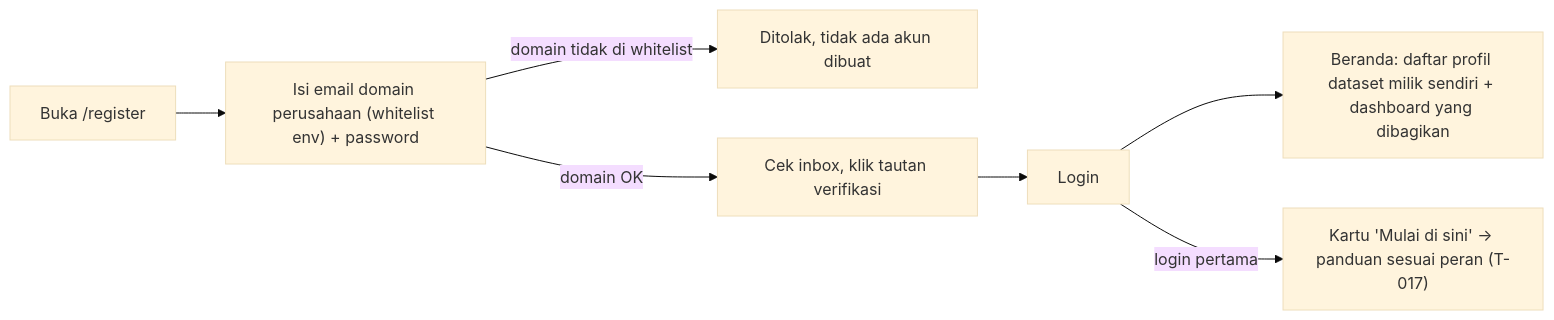
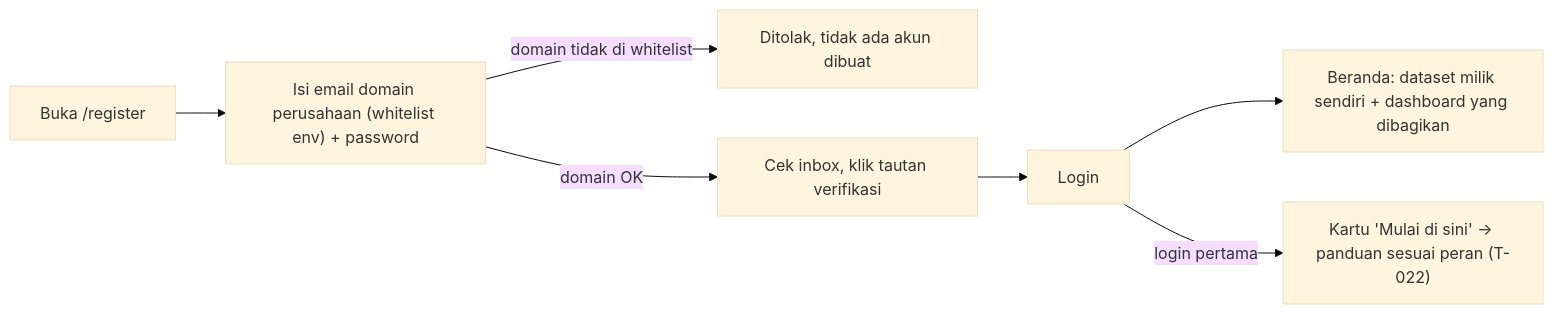
The first of 9 diagrams in docs/flow-kerja.md (anas-fikri/data-dashboard), drawn with Mermaid (base theme) before and after one commit. The commit also changed other lines of this file and 53 other files, not shown here.

First line of the commit message:
docs: revisi 3 flow kerja + 24 task hasil review adversarial

````diff
--- a/docs/flow-kerja.md
+++ b/docs/flow-kerja.md
@@ -25,8 +27,8 @@
 ```mermaid
 flowchart LR
   R["Buka /register"] --> E["Isi email domain perusahaan (whitelist env) + password"]
   E -->|domain tidak di whitelist| X["Ditolak, tidak ada akun dibuat"]
   E -->|domain OK| V["Cek inbox, klik tautan verifikasi"]
-  V --> L["Login"] --> H["Beranda: daftar profil dataset milik sendiri + dashboard yang dibagikan"]
-  L -->|login pertama| MS["Kartu 'Mulai di sini' → panduan sesuai peran (T-017)"]
+  V --> L["Login"] --> H["Beranda: dataset milik sendiri + dashboard yang dibagikan"]
+  L -->|login pertama| MS["Kartu 'Mulai di sini' → panduan sesuai peran (T-022)"]
 ```
````
